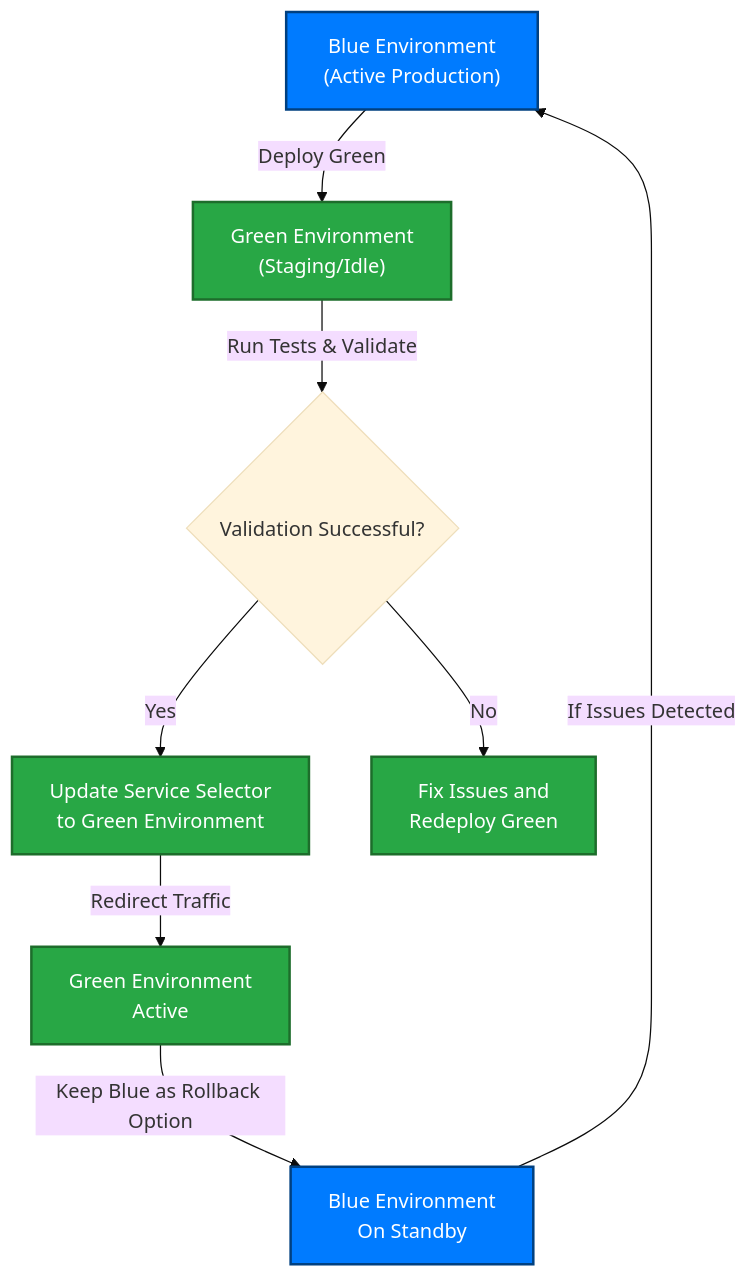
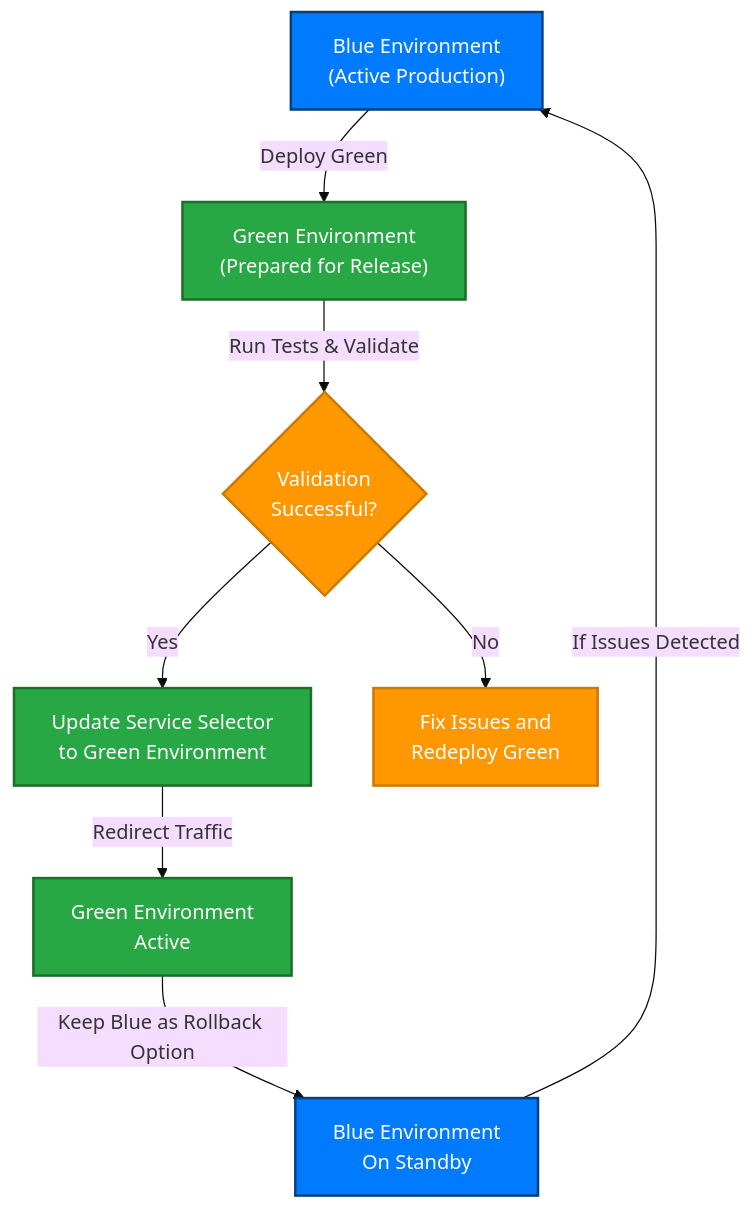
One commit to govind02420/Blue_green_Deployment changed the diagram in README.md. Above: the diagram before and after it, drawn with Mermaid (base theme).

Commit message:
Second commit

````diff
--- a/README.md
+++ b/README.md
@@ -304,14 +304,15 @@
 ```mermaid
 graph TD
-    A["Blue Environment\n(Active Production)"]:::blue -->|Deploy Green| B["Green Environment \n(Staging/Idle)"]:::green
-    B -->|Run Tests & Validate| C{Validation Successful?}
-    C -->|Yes| D["Update Service Selector\nto Green Environment"]:::green
-    C -->|No| F["Fix Issues and\nRedeploy Green"]:::green
-    D -->|Redirect Traffic| E["Green Environment\nActive"]:::green
-    E -->|Keep Blue as Rollback Option| G["Blue Environment\nOn Standby"]:::blue
+    A["Blue Environment<br/>(Active Production)"]:::blue -->|Deploy Green| B["Green Environment<br/>(Prepared for Release)"]:::green
+    B -->|Run Tests & Validate| C{"Validation<br/>Successful?"}:::orange
+    C -->|Yes| D["Update Service Selector<br/>to Green Environment"]:::green
+    C -->|No| F["Fix Issues and<br/>Redeploy Green"]:::orange
+    D -->|Redirect Traffic| E["Green Environment<br/>Active"]:::green
+    E -->|Keep Blue as Rollback Option| G["Blue Environment<br/>On Standby"]:::blue
     G -->|If Issues Detected| A
 
     classDef blue fill:#007bff,stroke:#004080,color:#ffffff,stroke-width:2px;
     classDef green fill:#28a745,stroke:#1d6d2b,color:#ffffff,stroke-width:2px;
+    classDef orange fill:#ff9800,stroke:#cc7a00,color:#ffffff,stroke-width:2px;
 
 ```
````
